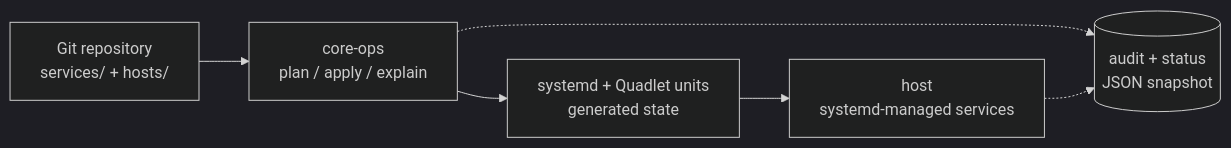
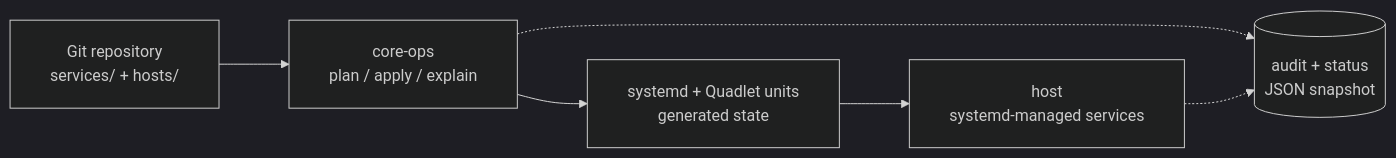
Before and after one commit to outergod/core-ops: the diagram in README.md, drawn with Mermaid (dark theme).

Commit message:
docs(spec/018): tune Mermaid layout to avoid PR-preview control overlap
GitHub's Mermaid player overlays zoom/pan/fullscreen controls in the
top-right corner of the rendered diagram. With the rightmost `HOST`
node positioned tight against the edge, the controls cover it on
initial render. Adds a `%%{init}%%` directive bumping `nodeSpacing`
to 50 and `rankSpacing` to 70 so the layout fits with margin.

GitHub honors `init` directives in Mermaid blocks; if a future
renderer strips them, the diagram falls back to defaults — no
content change, only spacing.

FR-004 invariants reverified: ≥4 nodes (5), substrings `Git` /
`core-ops` / `systemd` present, audit edges remain dashed.

````diff
--- a/README.md
+++ b/README.md
@@ -47,13 +47,14 @@
 ```mermaid
+%%{init: {'flowchart': {'nodeSpacing': 50, 'rankSpacing': 70, 'padding': 20}}}%%
 flowchart LR
   GIT[Git repository<br/>services/ + hosts/]
   CORE[core-ops<br/>plan / apply / explain]
   STATE[systemd + Quadlet units<br/>generated state]
   HOST[host<br/>systemd-managed services]
   AUDIT[(audit + status<br/>JSON snapshot)]
   GIT --> CORE
   CORE --> STATE
   STATE --> HOST
   CORE -.-> AUDIT
   HOST -.-> AUDIT
 ```
````
